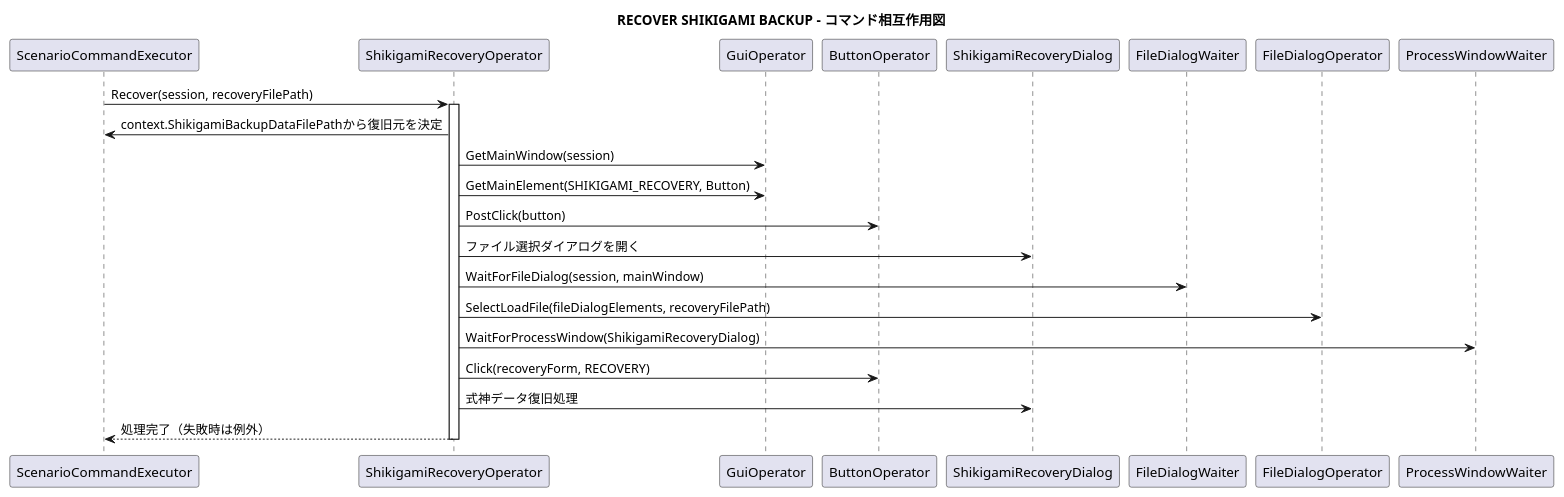
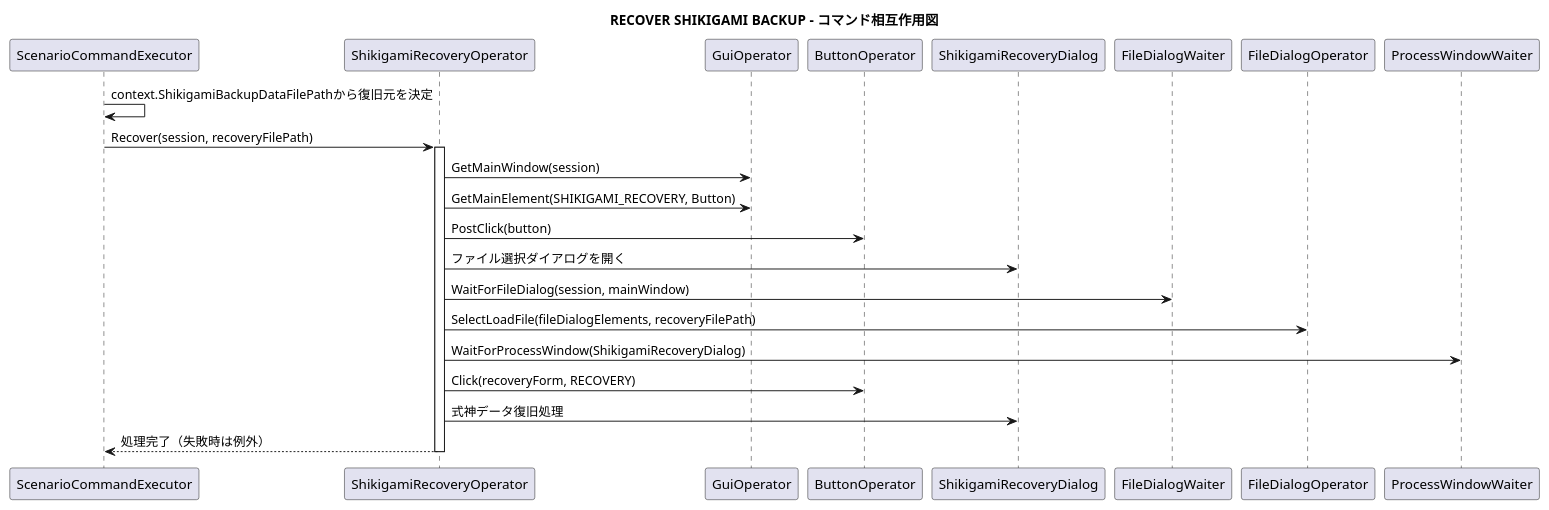
The diagram in Document/ScenarioRunner/Diagram/CommandInteraction/ShikigamiData/RecoverShikigamiBackup.wsd (Staraptor0398/ShikigamiStatusCalculator), drawn with PlantUML before and after one commit. The commit also changed 7 other files, not shown here.

Commit message:
Fix Scenario Runner interaction diagrams to match implementation

```diff
--- a/Document/ScenarioRunner/Diagram/CommandInteraction/ShikigamiData/RecoverShikigamiBackup.wsd
+++ b/Document/ScenarioRunner/Diagram/CommandInteraction/ShikigamiData/RecoverShikigamiBackup.wsd
@@ -1,29 +1,29 @@
 @startuml
 title RECOVER SHIKIGAMI BACKUP - コマンド相互作用図
 skinparam responseMessageBelowArrow true
 ' Source: ScenarioRunner.Engine/Execution/ScenarioCommandExecutor.cs
 ' Source: ScenarioRunner.Engine/Automation/Operator/Feature/ShikigamiRecoveryOperator.cs
 participant "ScenarioCommandExecutor" as EX
 participant "ShikigamiRecoveryOperator" as O
 participant "GuiOperator" as GO
 participant "ButtonOperator" as BO
 participant "ShikigamiRecoveryDialog" as GUI
 participant "FileDialogWaiter" as FDW
 participant "FileDialogOperator" as FDO
 participant "ProcessWindowWaiter" as PW
 
+EX -> EX : context.ShikigamiBackupDataFilePathから復旧元を決定
 EX -> O : Recover(session, recoveryFilePath)
 activate O
-O -> EX : context.ShikigamiBackupDataFilePathから復旧元を決定
 O -> GO : GetMainWindow(session)
 O -> GO : GetMainElement(SHIKIGAMI_RECOVERY, Button)
 O -> BO : PostClick(button)
 O -> GUI : ファイル選択ダイアログを開く
 O -> FDW : WaitForFileDialog(session, mainWindow)
 O -> FDO : SelectLoadFile(fileDialogElements, recoveryFilePath)
 O -> PW : WaitForProcessWindow(ShikigamiRecoveryDialog)
 O -> BO : Click(recoveryForm, RECOVERY)
 O -> GUI : 式神データ復旧処理
 O --> EX : 処理完了（失敗時は例外）
 deactivate O
 @enduml
```
